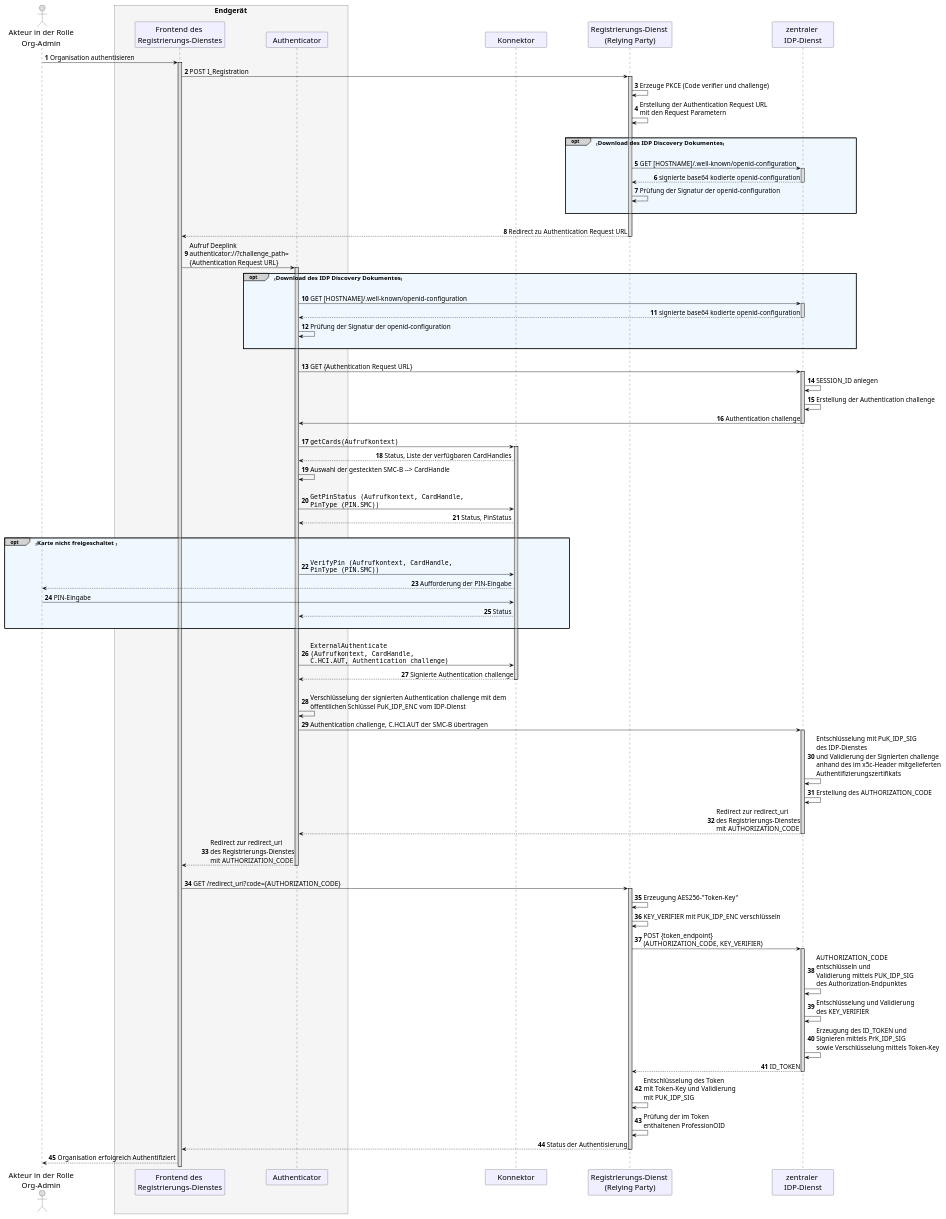
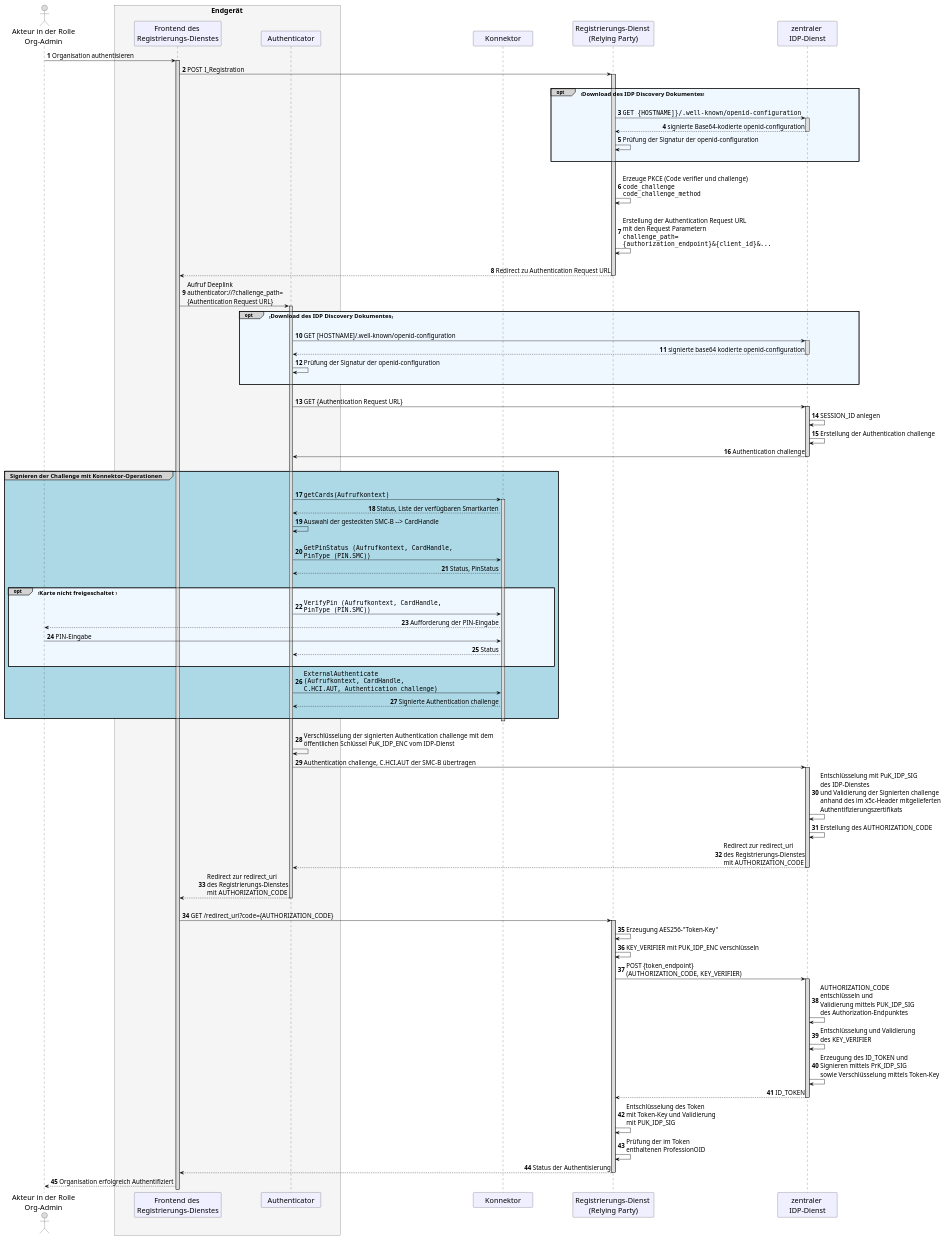
The diagram in src/plantuml/idp.puml (gematik/api-ti-messenger), drawn with PlantUML before and after one commit.

```diff
--- a/src/plantuml/idp.puml
+++ b/src/plantuml/idp.puml
@@ -1,130 +1,134 @@
-@startuml
-
 skinparam sequenceMessageAlign direction
 skinparam WrapWidth 300
 skinparam minClassWidth 150
 skinparam BoxPadding 1
 skinparam ParticipantPadding 50
 skinparam sequenceReferenceHeaderBackgroundColor palegreen
 scale max 2048 width
 
 skinparam sequence {
 ArrowColor black
 ArrowFontSize 17
 ActorBorderColor black
 LifeLineBorderColor black
 LifeLineBackgroundColor Gainsboro
 
 ParticipantBorderColor Motivation
 ParticipantBackgroundColor Motivation
 ParticipantFontSize 20
 ParticipantFontColor black
 ParticipantBorderColor Black
 ParticipantBackgroundColor MOTIVATION
 
 ActorBackgroundColor Gainsboro
 ActorFontColor black
 ActorFontSize 20
 }
 
 autonumber
 
 actor oa as "Akteur in der Rolle\nOrg-Admin"
   box <size:19>Endgerät</size> #WhiteSmoke
   participant wb as "Frontend des \nRegistrierungs-Dienstes"
   participant au as "Authenticator"
   end box
 participant ko as "Konnektor"
 participant rd as "Registrierungs-Dienst \n(Relying Party)"
 participant ip as "zentraler \nIDP-Dienst"
 
 oa -> wb: Organisation authentisieren 
 
  activate wb
 wb -> rd:POST I_Registration
- 
+ |||
  activate rd
-rd->rd: Erzeuge PKCE (Code verifier und challenge)
-rd->rd: Erstellung der Authentication Request URL\nmit den Request Parametern
-        |||
-          opt#LightGrey #AliceBlue <size:16>Download des IDP Discovery Dokumentes</size>
+      opt#LightGrey #AliceBlue <size:16>Download des IDP Discovery Dokumentes</size>
           |||        
-            rd -> ip:GET [HOSTNAME]/.well-known/openid-configuration
+            rd -> ip:""GET {HOSTNAME]}/.well-known/openid-configuration""
             activate ip
-            ip --> rd:signierte base64 kodierte openid-configuration 
+            ip --> rd:signierte Base64-kodierte openid-configuration 
             deactivate ip
             rd -> rd:Prüfung der Signatur der openid-configuration
           |||
           end
 |||
+rd->rd: Erzeuge PKCE (Code verifier und challenge) \n""code_challenge""\n""code_challenge_method""
+
+     
+|||
+rd->rd: Erstellung der Authentication Request URL\nmit den Request Parametern \n""challenge_path=""\n""{authorization_endpoint}&{client_id}&...""
+        |||
+
 rd --> wb: Redirect zu Authentication Request URL 
  deactivate rd
 
         wb -> au: Aufruf Deeplink \nauthenticator://?challenge_path=\n{Authentication Request URL} 
         activate au        
           opt#LightGrey #AliceBlue <size:16>Download des IDP Discovery Dokumentes</size>
           |||        
             au -> ip:GET [HOSTNAME]/.well-known/openid-configuration
             activate ip
             ip --> au:signierte base64 kodierte openid-configuration 
             deactivate ip
             au -> au:Prüfung der Signatur der openid-configuration
           |||
           end
         |||
         au -> ip: GET {Authentication Request URL}
         activate ip
         ip -> ip: SESSION_ID anlegen
         ip -> ip: Erstellung der Authentication challenge
                 
         ip -> au: Authentication challenge
         deactivate ip
         |||
-        au -> ko: ""getCards(Aufrufkontext)""
-         activate ko
-        ko --> au: Status, Liste der verfügbaren CardHandles
-        au -> au: Auswahl der gesteckten SMC-B --> CardHandle
+        group#LightGrey #LightBlue <size:16>Signieren der Challenge mit Konnektor-Operationen</size>
         |||
-        au -> ko: ""GetPinStatus (Aufrufkontext, CardHandle,""\n""PinType (PIN.SMC))""
-        ko --> au: Status, PinStatus
+          au -> ko: ""getCards(Aufrufkontext)""
+           activate ko
+          ko --> au: Status, Liste der verfügbaren Smartkarten
+          au -> au: Auswahl der gesteckten SMC-B --> CardHandle
+          |||
+          au -> ko: ""GetPinStatus (Aufrufkontext, CardHandle,""\n""PinType (PIN.SMC))""
+          ko --> au: Status, PinStatus
+          |||
+            opt#LightGrey #AliceBlue <size:16>Karte nicht freigeschaltet </size>
+              au -> ko: ""VerifyPin (Aufrufkontext, CardHandle,""\n""PinType (PIN.SMC))""
+              ko --> oa: Aufforderung der PIN-Eingabe
+              oa -> ko: PIN-Eingabe
+              ko --> au: Status
+            |||
+            end
+          au -> ko: ""ExternalAuthenticate""\n""(Aufrufkontext, CardHandle,""\n""C.HCI.AUT, Authentication challenge)""
+          ko --> au: Signierte Authentication challenge
         |||
-          opt#LightGrey #AliceBlue <size:16>Karte nicht freigeschaltet </size>
-          |||
-            au -> ko: ""VerifyPin (Aufrufkontext, CardHandle,""\n""PinType (PIN.SMC))""
-            ko --> oa: Aufforderung der PIN-Eingabe
-            oa -> ko: PIN-Eingabe
-            ko --> au: Status
-          |||
-          end
-        |||
-        au -> ko: ""ExternalAuthenticate""\n""(Aufrufkontext, CardHandle,""\n""C.HCI.AUT, Authentication challenge)""
-        ko --> au: Signierte Authentication challenge
+        end
           deactivate ko
         |||
         au -> au: Verschlüsselung der signierten Authentication challenge mit dem \nöffentlichen Schlüssel PuK_IDP_ENC vom IDP-Dienst
         au ->ip: Authentication challenge, C.HCI.AUT der SMC-B übertragen
         activate ip
         ip -> ip: Entschlüsselung mit PuK_IDP_SIG\ndes IDP-Dienstes\nund Validierung der Signierten challenge\nanhand des im x5c-Header mitgelieferten\nAuthentifizierungszertifikats
         ip -> ip: Erstellung des AUTHORIZATION_CODE
         ip --> au: Redirect zur redirect_uri\ndes Registrierungs-Dienstes\nmit AUTHORIZATION_CODE
           deactivate ip
         au --> wb: Redirect zur redirect_uri\ndes Registrierungs-Dienstes\nmit AUTHORIZATION_CODE
           deactivate au
         |||
         wb -> rd: GET /redirect_uri?code={AUTHORIZATION_CODE}
           activate rd
         rd -> rd: Erzeugung AES256-"Token-Key"
         rd -> rd: KEY_VERIFIER mit PUK_IDP_ENC verschlüsseln
         rd -> ip: POST {token_endpoint}\n(AUTHORIZATION_CODE, KEY_VERIFIER)
          activate ip
         ip -> ip: AUTHORIZATION_CODE\nentschlüsseln und\nValidierung mittels PUK_IDP_SIG\ndes Authorization-Endpunktes
         ip -> ip: Entschlüsselung und Validierung\ndes KEY_VERIFIER
         ip -> ip: Erzeugung des ID_TOKEN und\nSignieren mittels PrK_IDP_SIG\nsowie Verschlüsselung mittels Token-Key
         ip --> rd: ID_TOKEN
          deactivate ip
         rd -> rd:  Entschlüsselung des Token\nmit Token-Key und Validierung\nmit PUK_IDP_SIG
         rd -> rd: Prüfung der im Token\nenthaltenen ProfessionOID
         rd --> wb: Status der Authentisierung
          deactivate rd
         wb --> oa: Organisation erfolgreich Authentifiziert
 @enduml
```
